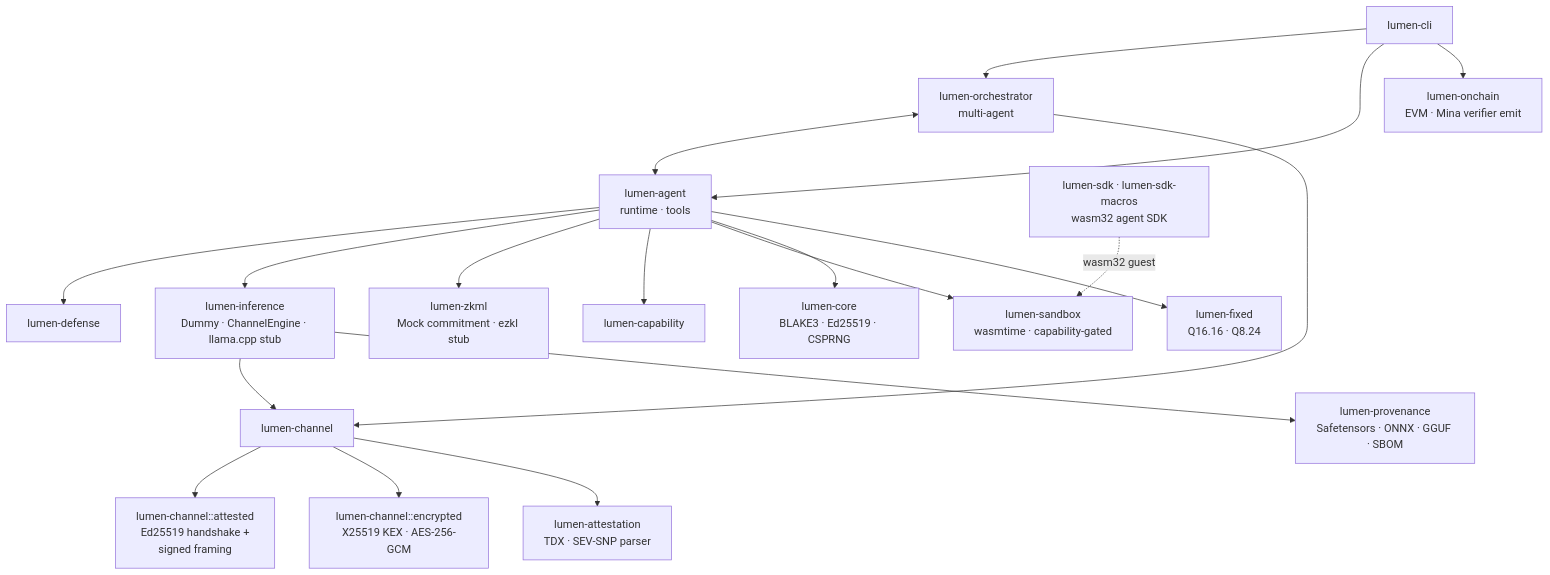
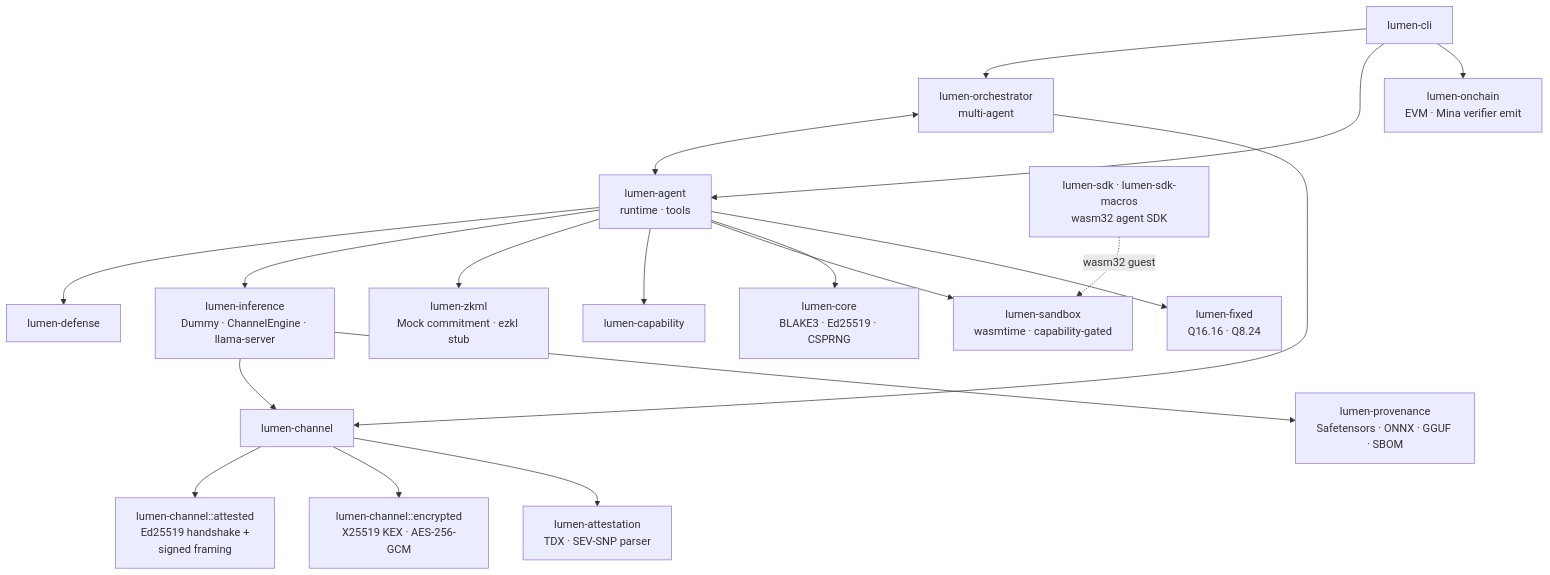
The third of 3 diagrams in INTRODUCTION.md (Quant-Off/lumen), drawn with Mermaid before and after one commit. The commit also changed other lines of this file and 5 other files, not shown here.

Commit message:
추론 엔진 설계 문서 추가 및 LLM 실습 가이드 갱신 - INFERENCE 문서에 엔진 비교, 신뢰 경계, 확장 방법 정리 - PRACTICE_LLM 을 llama-server 백엔드 기준으로 재작성 - INTRODUCTION 에 v0.6 로드맵과 현재 구현 상태 반영

````diff
--- a/INTRODUCTION.md
+++ b/INTRODUCTION.md
@@ -220,21 +220,21 @@
 ```mermaid
 flowchart TD
     CLI[lumen-cli] --> ORCH[lumen-orchestrator<br/>multi-agent]
     CLI --> AG[lumen-agent<br/>runtime · tools]
     CLI --> ONC[lumen-onchain<br/>EVM · Mina verifier emit]
     ORCH <--> AG
     AG --> DEF[lumen-defense]
-    AG --> INF[lumen-inference<br/>Dummy · ChannelEngine · llama.cpp stub]
+    AG --> INF[lumen-inference<br/>Dummy · ChannelEngine · llama-server]
     AG --> ZK[lumen-zkml<br/>Mock commitment · ezkl stub]
     AG --> CAP[lumen-capability]
     ORCH --> CH[lumen-channel]
     INF --> CH
     CH --> AT[lumen-channel::attested<br/>Ed25519 handshake +<br/>signed framing]
     CH --> ENC[lumen-channel::encrypted<br/>X25519 KEX · AES-256-GCM]
     CH --> ATT[lumen-attestation<br/>TDX · SEV-SNP parser]
     AG --> SBX[lumen-sandbox<br/>wasmtime · capability-gated]
     SDK[lumen-sdk · lumen-sdk-macros<br/>wasm32 agent SDK] -. wasm32 guest .-> SBX
     AG --> CORE[lumen-core<br/>BLAKE3 · Ed25519 · CSPRNG]
     AG --> FIX[lumen-fixed<br/>Q16.16 · Q8.24]
     INF --> PROV[lumen-provenance<br/>Safetensors · ONNX · GGUF · SBOM]
 ```
````
